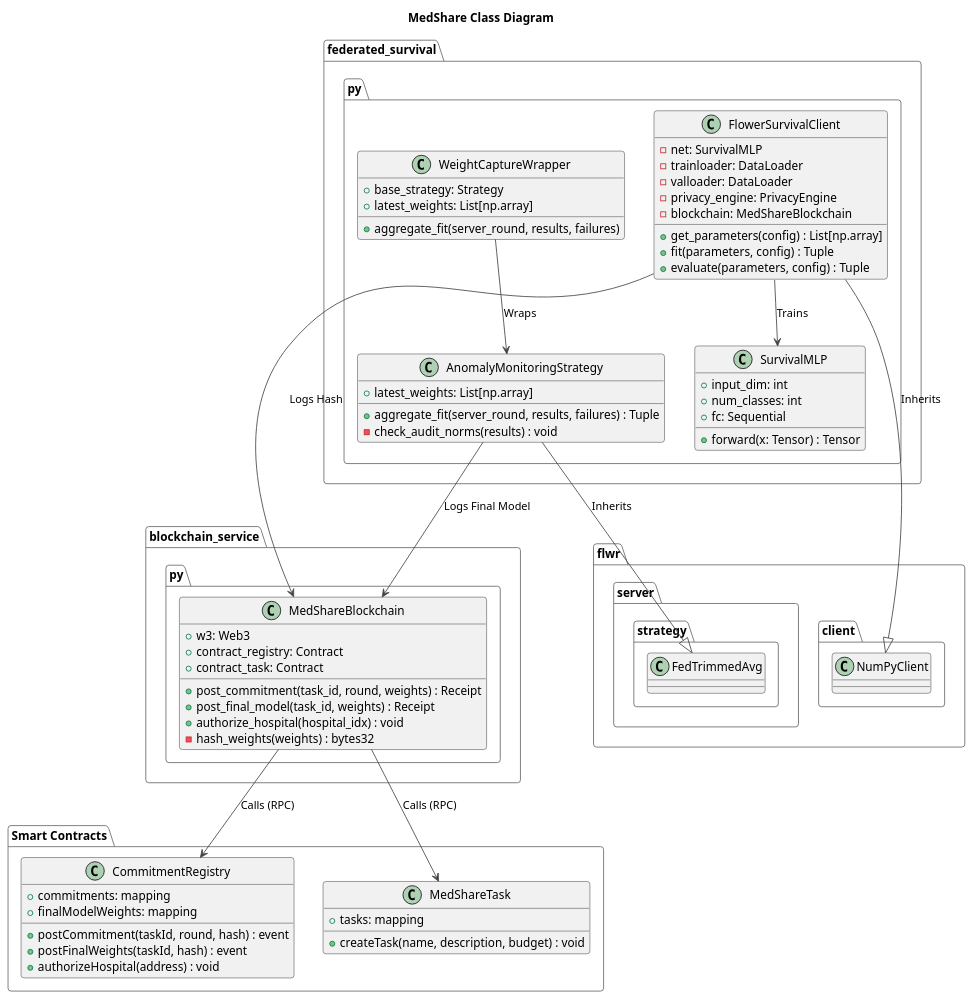
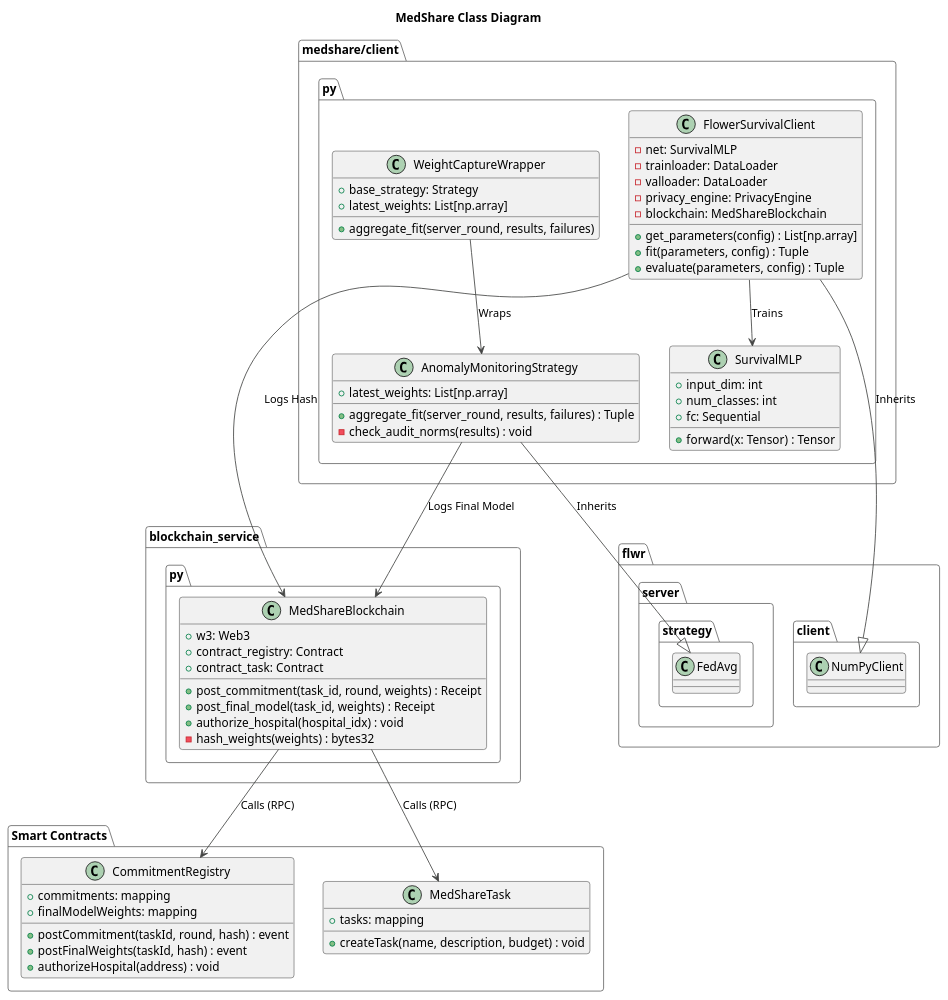
The diagram in docs/architecture/medshare_class_diagram.puml (aab1-8/CV), drawn with PlantUML before and after one commit. The commit also changed 140 other files, not shown here.

```diff
--- a/docs/architecture/medshare_class_diagram.puml
+++ b/docs/architecture/medshare_class_diagram.puml
@@ -1,76 +1,76 @@
 @startuml
 !theme vibrant
 title MedShare Class Diagram
 
 ' --- Python Components ---
-package "federated_survival.py" {
+package "medshare/client.py" {
     class SurvivalMLP {
         +input_dim: int
         +num_classes: int
         +fc: Sequential
         +forward(x: Tensor) : Tensor
     }
 
     class FlowerSurvivalClient {
         -net: SurvivalMLP
         -trainloader: DataLoader
         -valloader: DataLoader
         -privacy_engine: PrivacyEngine
         -blockchain: MedShareBlockchain
         +get_parameters(config) : List[np.array]
         +fit(parameters, config) : Tuple
         +evaluate(parameters, config) : Tuple
     }
 
     class AnomalyMonitoringStrategy {
         +latest_weights: List[np.array]
         +aggregate_fit(server_round, results, failures) : Tuple
         -check_audit_norms(results) : void
     }
     
     class WeightCaptureWrapper {
         +base_strategy: Strategy
         +latest_weights: List[np.array]
         +aggregate_fit(server_round, results, failures)
     }
 }
 
 package "blockchain_service.py" {
     class MedShareBlockchain {
         +w3: Web3
         +contract_registry: Contract
         +contract_task: Contract
         +post_commitment(task_id, round, weights) : Receipt
         +post_final_model(task_id, weights) : Receipt
         +authorize_hospital(hospital_idx) : void
         -hash_weights(weights) : bytes32
     }
 }
 
 ' --- Solidity Contracts ---
 package "Smart Contracts" {
     class CommitmentRegistry {
         +commitments: mapping
         +finalModelWeights: mapping
         +postCommitment(taskId, round, hash) : event
         +postFinalWeights(taskId, hash) : event
         +authorizeHospital(address) : void
     }
 
     class MedShareTask {
         +tasks: mapping
         +createTask(name, description, budget) : void
     }
 }
 
 ' --- Relationships ---
 FlowerSurvivalClient --> SurvivalMLP : "Trains"
 FlowerSurvivalClient --> MedShareBlockchain : "Logs Hash"
 AnomalyMonitoringStrategy --> MedShareBlockchain : "Logs Final Model"
 WeightCaptureWrapper --> AnomalyMonitoringStrategy : "Wraps"
 MedShareBlockchain --> CommitmentRegistry : "Calls (RPC)"
 MedShareBlockchain --> MedShareTask : "Calls (RPC)"
-AnomalyMonitoringStrategy --|> flwr.server.strategy.FedTrimmedAvg : "Inherits"
+AnomalyMonitoringStrategy --|> flwr.server.strategy.FedAvg : "Inherits"
 FlowerSurvivalClient --|> flwr.client.NumPyClient : "Inherits"
 
 @enduml
```
